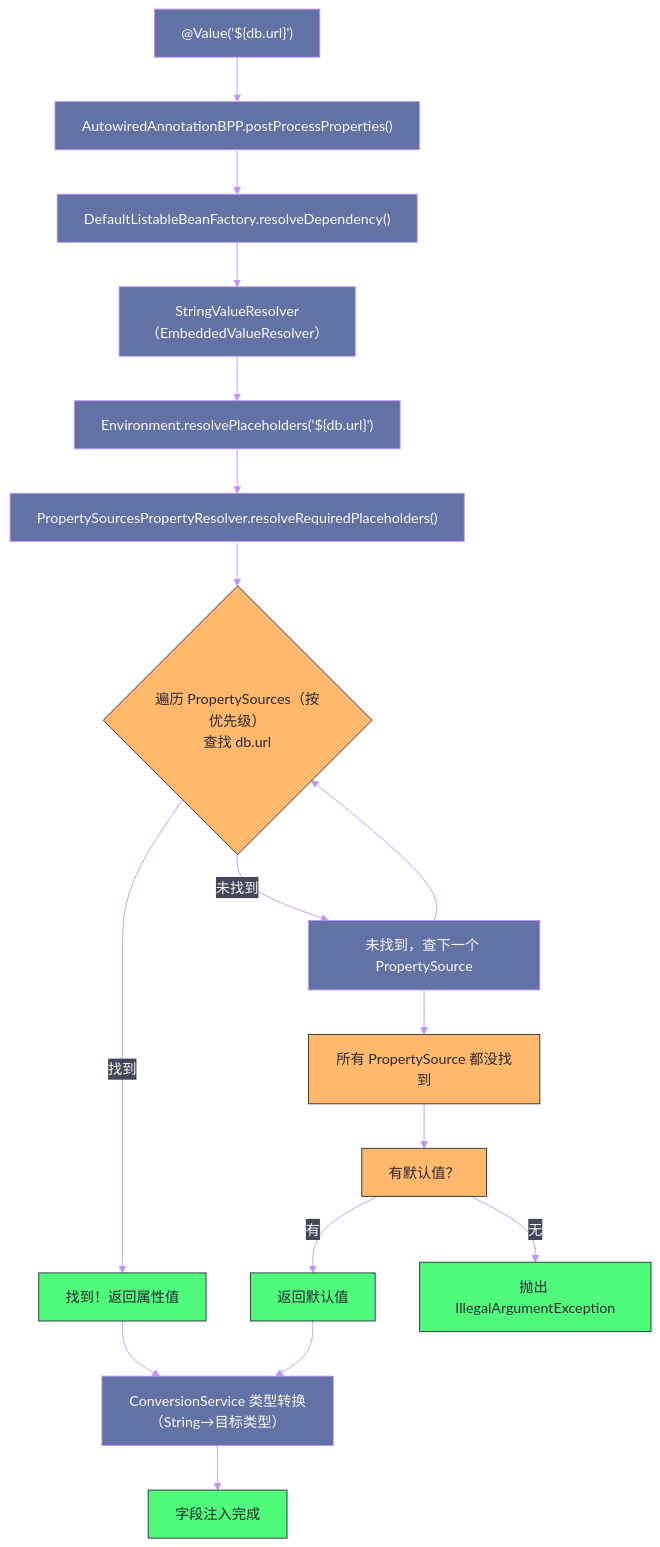
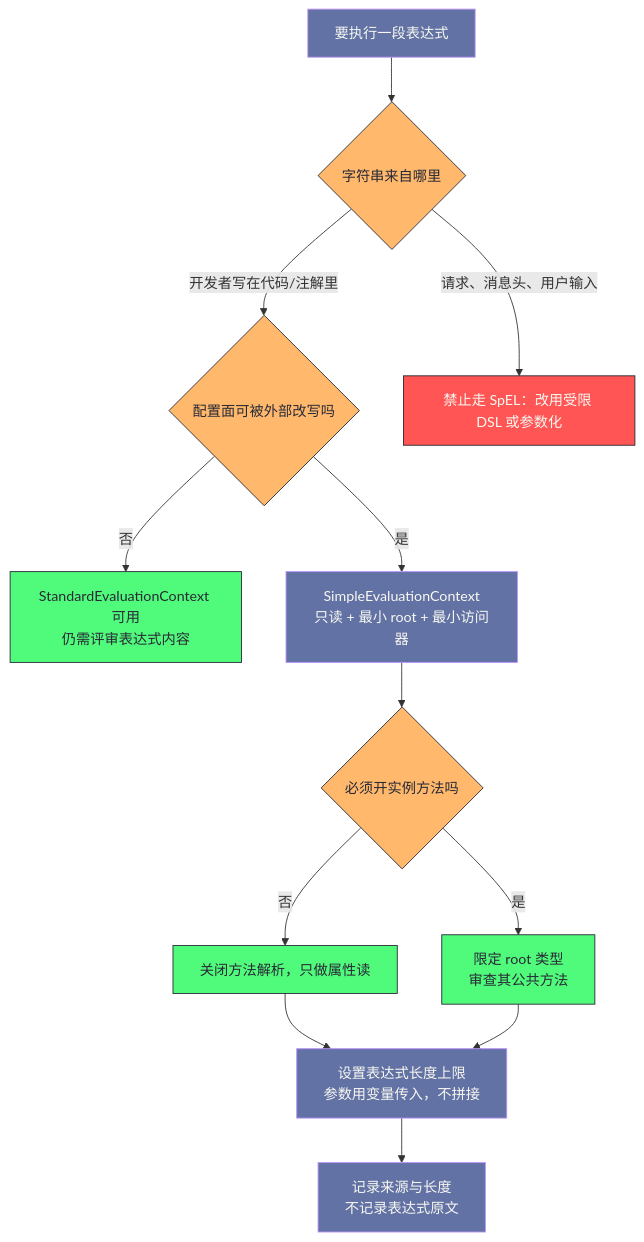
Before and after one commit to hpliStartAgain/my-brain: the third of 4 diagrams in content/Java/SpringCore/09 SpEL表达式与属性解析.md, drawn with Mermaid. The commit also changed other lines of this file and 455 other files, not shown here.

````diff
--- a/content/Java/SpringCore/09 SpEL表达式与属性解析.md
+++ b/content/Java/SpringCore/09 SpEL表达式与属性解析.md
@@ -486,30 +648,23 @@
 ```mermaid
-%%{init: {'theme': 'base', 'themeVariables': {'primaryColor': '#6272a4', 'primaryTextColor': '#f8f8f2', 'primaryBorderColor': '#44475a', 'lineColor': '#bd93f9', 'secondaryColor': '#44475a', 'tertiaryColor': '#282a36', 'background': '#282a36', 'mainBkg': '#44475a', 'nodeBorder': '#6272a4', 'clusterBkg': '#282a36', 'titleColor': '#f8f8f2', 'edgeLabelBackground': '#44475a', 'fontFamily': 'monospace'}}}%%
-graph TD
+%%{init: {'theme': 'dracula'}}%%
+flowchart TD
+    A["要执行一段表达式"] --> B{"字符串来自哪里"}
+    B -- "开发者写在代码/注解里" --> C{"配置面可被外部改写吗"}
+    B -- "请求、消息头、用户输入" --> D["禁止走 SpEL：改用受限 DSL 或参数化"]
+    C -- "否" --> E["StandardEvaluationContext 可用<br/>仍需评审表达式内容"]
+    C -- "是" --> F["SimpleEvaluationContext<br/>只读 + 最小 root + 最小访问器"]
+    F --> G{"必须开实例方法吗"}
+    G -- "否" --> H["关闭方法解析，只做属性读"]
+    G -- "是" --> I["限定 root 类型<br/>审查其公共方法"]
+    H --> J["设置表达式长度上限<br/>参数用变量传入，不拼接"]
+    I --> J
+    J --> K["记录来源与长度<br/>不记录表达式原文"]
+    classDef danger fill:#ff5555,stroke:#282a36,color:#f8f8f2
+    classDef safe fill:#50fa7b,stroke:#282a36,color:#282a36
+    classDef gate fill:#ffb86c,stroke:#282a36,color:#282a36
     classDef step fill:#6272a4,stroke:#bd93f9,color:#f8f8f2
-    classDef decision fill:#ffb86c,stroke:#282a36,color:#282a36
-    classDef output fill:#50fa7b,stroke:#282a36,color:#282a36
-
-    A["@Value('${db.url}')"]:::step
-    B["AutowiredAnnotationBPP.postProcessProperties()"]:::step
-    C["DefaultListableBeanFactory.resolveDependency()"]:::step
-    D["StringValueResolver（EmbeddedValueResolver）"]:::step
-    E["Environment.resolvePlaceholders('${db.url}')"]:::step
-    F["PropertySourcesPropertyResolver.resolveRequiredPlaceholders()"]:::step
-    G{"遍历 PropertySources（按优先级）</br>查找 db.url"}:::decision
-    H["找到！返回属性值"]:::output
-    I["未找到，查下一个 PropertySource"]:::step
-    J["所有 PropertySource 都没找到"]:::decision
-    K["有默认值？"]:::decision
-    L["返回默认值"]:::output
-    M["抛出 IllegalArgumentException"]:::output
-    N["ConversionService 类型转换（String→目标类型）"]:::step
-    O["字段注入完成"]:::output
-
-    A --> B --> C --> D --> E --> F --> G
-    G -- "找到" --> H --> N --> O
-    G -- "未找到" --> I --> G
-    I --> J --> K
-    K -- "有" --> L --> N
-    K -- "无" --> M
+    class D danger
+    class E,H,I safe
+    class B,C,G gate
+    class A,F,J,K step
 ```
````
